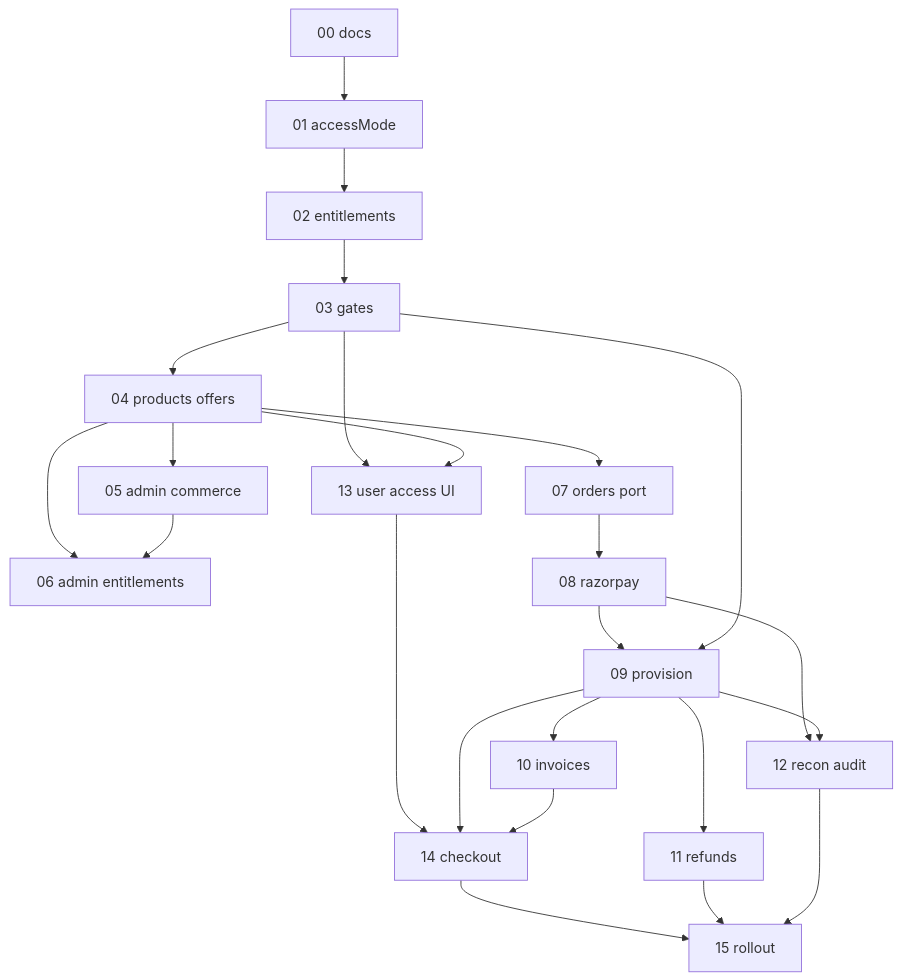
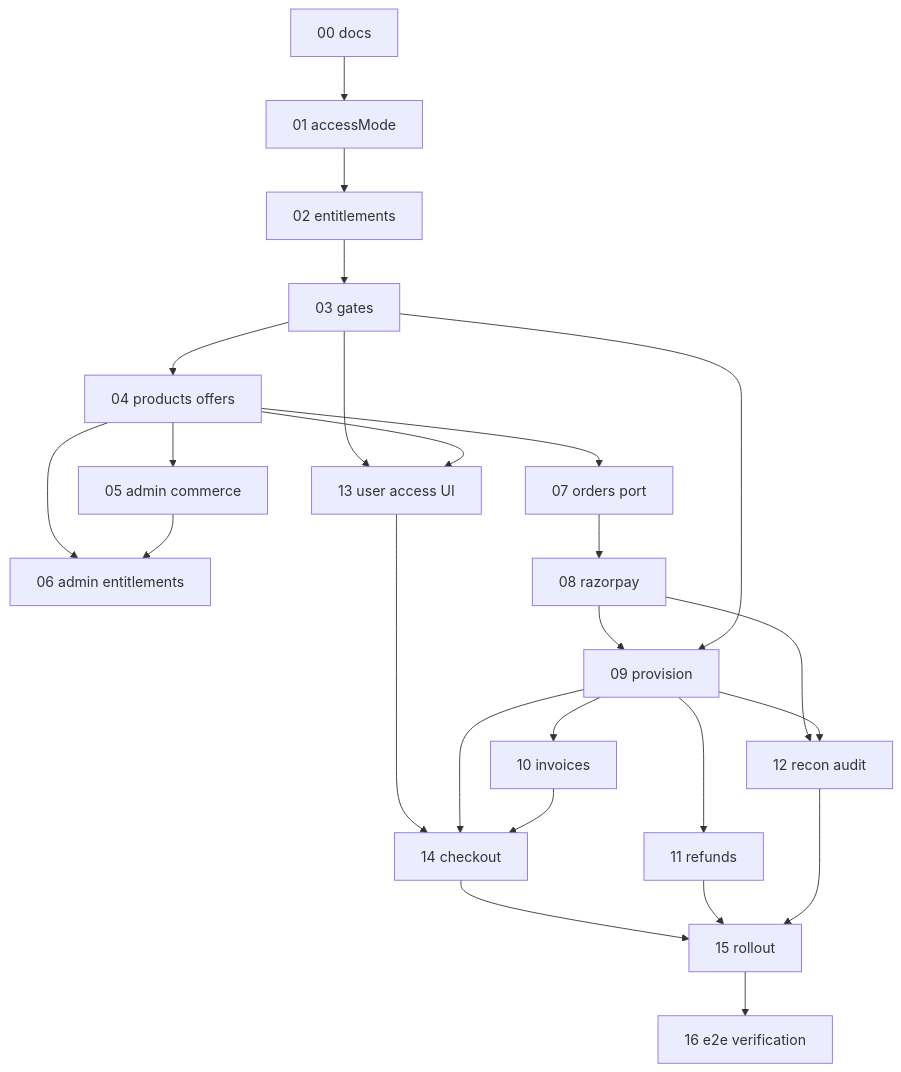
The diagram in docs/payment-gateway/phases/README.md (ez-prep-admin/ez-prep-api), drawn with Mermaid before and after one commit. The commit also changed other lines of this file and 45 other files, not shown here.

````diff
--- a/docs/payment-gateway/phases/README.md
+++ b/docs/payment-gateway/phases/README.md
@@ -40,26 +42,27 @@
 ```mermaid
 flowchart TB
   P00[00 docs] --> P01[01 accessMode]
   P01 --> P02[02 entitlements]
   P02 --> P03[03 gates]
   P03 --> P04[04 products offers]
   P04 --> P05[05 admin commerce]
   P04 --> P06[06 admin entitlements]
   P05 --> P06
   P04 --> P07[07 orders port]
   P07 --> P08[08 razorpay]
   P08 --> P09[09 provision]
   P03 --> P09
   P09 --> P10[10 invoices]
   P09 --> P11[11 refunds]
   P08 --> P12[12 recon audit]
   P09 --> P12
   P03 --> P13[13 user access UI]
   P04 --> P13
   P13 --> P14[14 checkout]
   P09 --> P14
   P10 --> P14
   P14 --> P15[15 rollout]
   P11 --> P15
   P12 --> P15
+  P15 --> P16[16 e2e verification]
 ```
````
